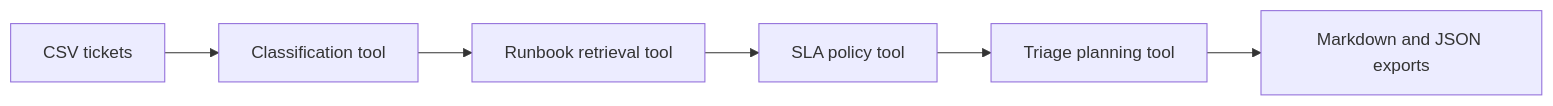
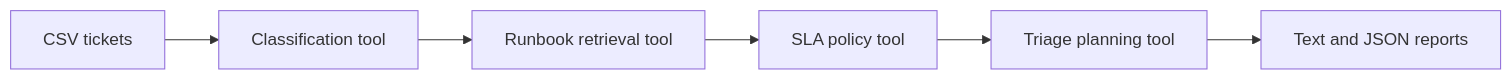
The diagram in README.md (aminehamlouchi/opswise-ticket-agent), drawn with Mermaid before and after one commit. The commit also changed other lines of this file and 9 other files, not shown here.

````diff
--- a/README.md
+++ b/README.md
@@ -20,8 +20,8 @@
 ```mermaid
 flowchart LR
     A["CSV tickets"] --> B["Classification tool"]
     B --> C["Runbook retrieval tool"]
     C --> D["SLA policy tool"]
     D --> E["Triage planning tool"]
-    E --> F["Markdown and JSON exports"]
+    E --> F["Text and JSON reports"]
 ```
````
